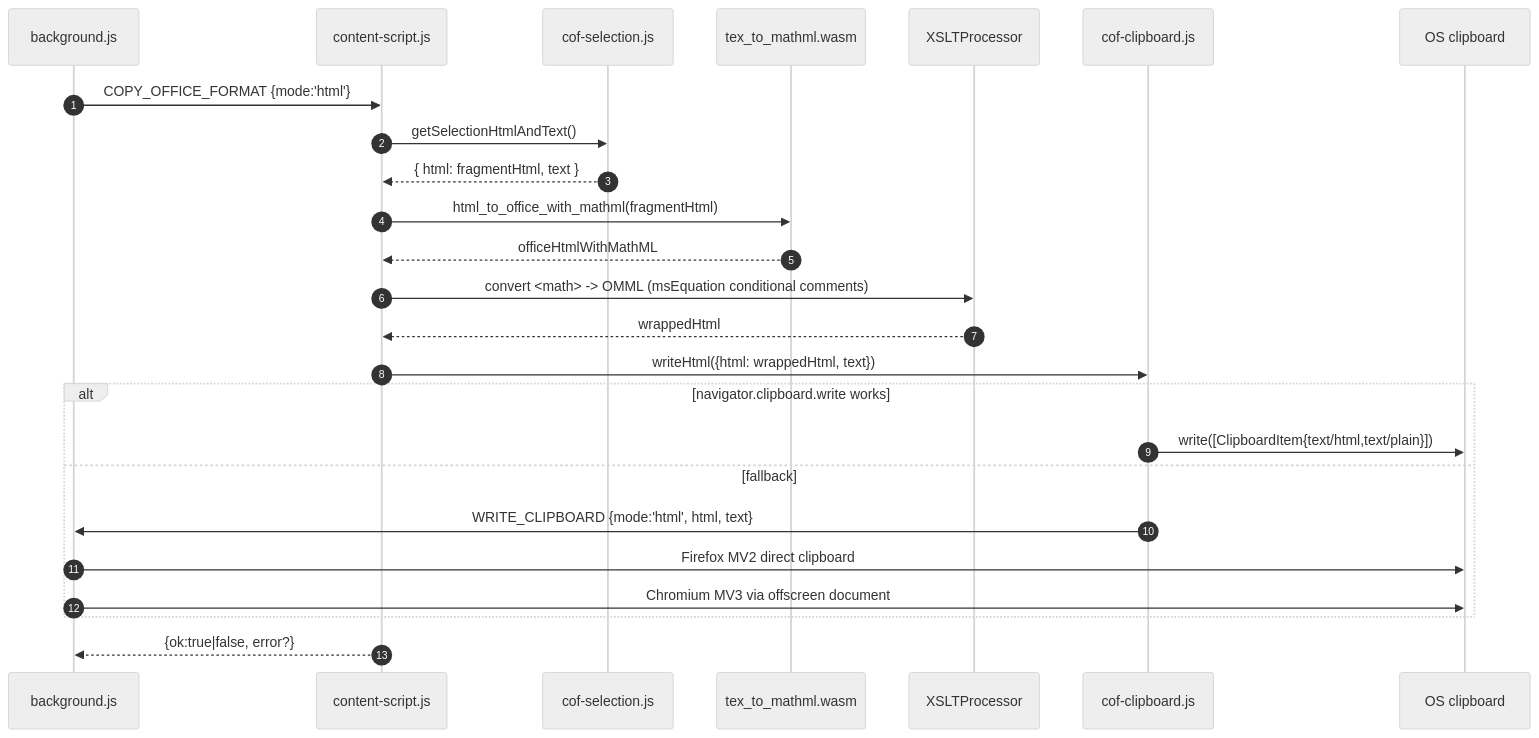
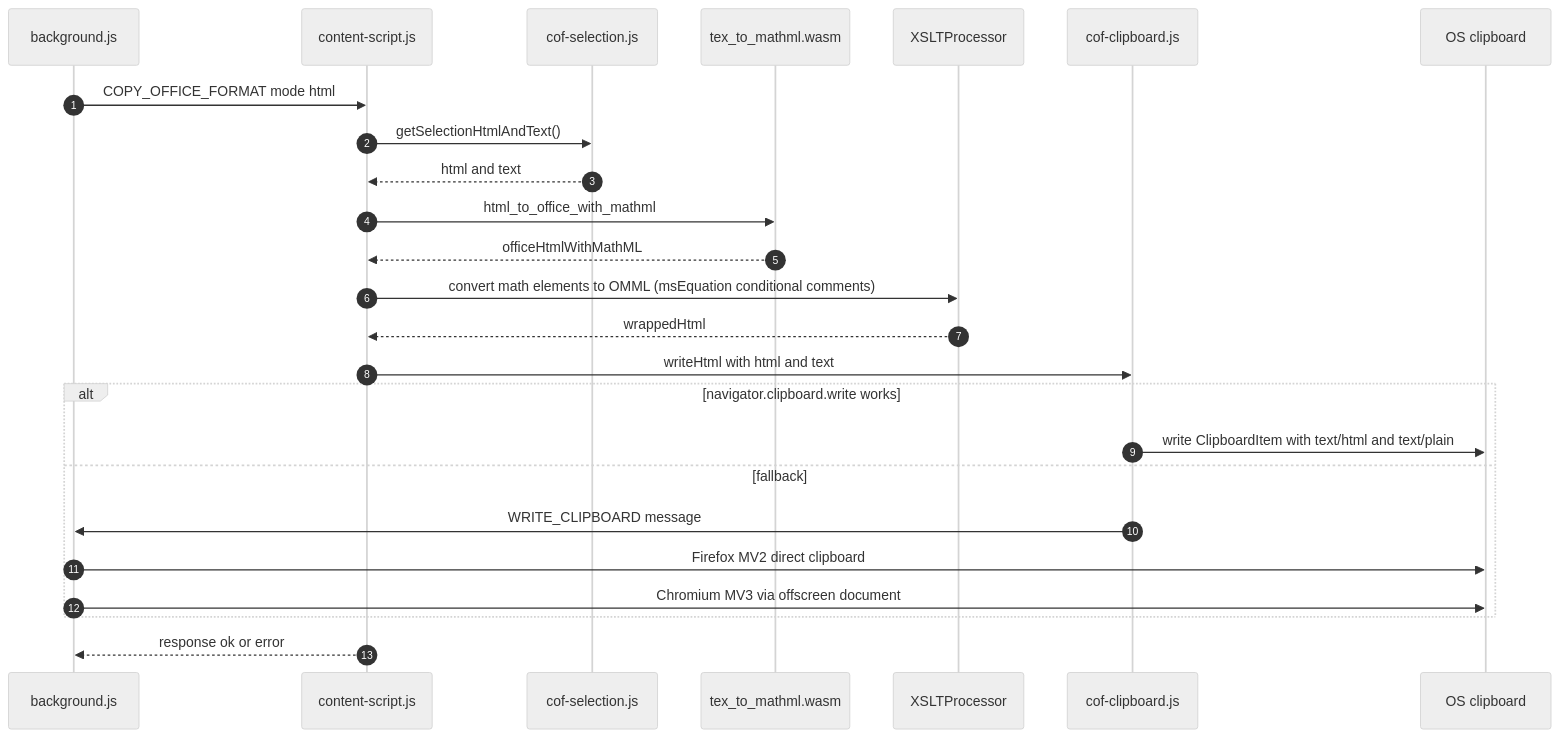
Before and after one commit to AlHeloween/gpt-latex-ctrl-c-v: the third of 7 diagrams in diagram.md, drawn with Mermaid (neutral theme). The commit also changed other lines of this file and 46 other files, not shown here.

````diff
--- a/diagram.md
+++ b/diagram.md
@@ -60,28 +66,28 @@
 ```mermaid
 sequenceDiagram
   autonumber
   participant BG as background.js
   participant CS as content-script.js
   participant S as cof-selection.js
   participant W as tex_to_mathml.wasm
   participant X as XSLTProcessor
   participant C as cof-clipboard.js
   participant CLIP as OS clipboard
 
-  BG->>CS: COPY_OFFICE_FORMAT {mode:'html'}
+  BG->>CS: COPY_OFFICE_FORMAT mode html
   CS->>S: getSelectionHtmlAndText()
-  S-->>CS: { html: fragmentHtml, text }
-  CS->>W: html_to_office_with_mathml(fragmentHtml)
+  S-->>CS: html and text
+  CS->>W: html_to_office_with_mathml
   W-->>CS: officeHtmlWithMathML
-  CS->>X: convert <math> -> OMML (msEquation conditional comments)
+  CS->>X: convert math elements to OMML (msEquation conditional comments)
   X-->>CS: wrappedHtml
-  CS->>C: writeHtml({html: wrappedHtml, text})
+  CS->>C: writeHtml with html and text
   alt navigator.clipboard.write works
-    C->>CLIP: write([ClipboardItem{text/html,text/plain}])
+    C->>CLIP: write ClipboardItem with text/html and text/plain
   else fallback
-    C->>BG: WRITE_CLIPBOARD {mode:'html', html, text}
+    C->>BG: WRITE_CLIPBOARD message
     BG->>CLIP: Firefox MV2 direct clipboard
     BG->>CLIP: Chromium MV3 via offscreen document
   end
-  CS-->>BG: {ok:true|false, error?}
+  CS-->>BG: response ok or error
 ```
````
